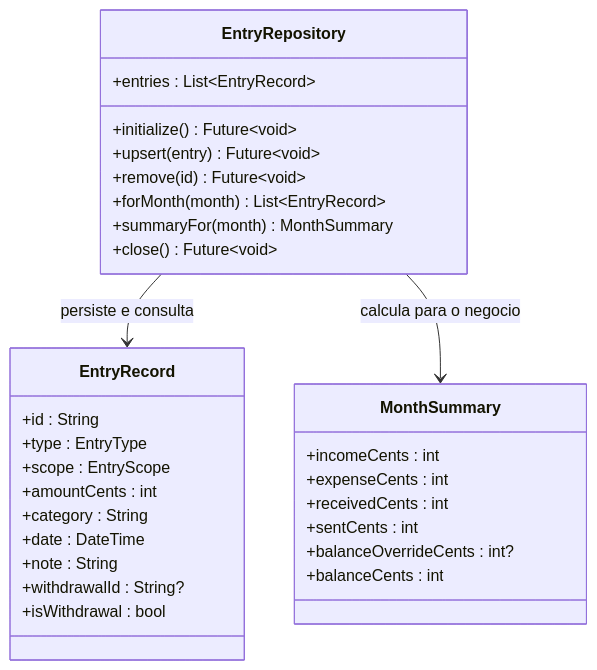
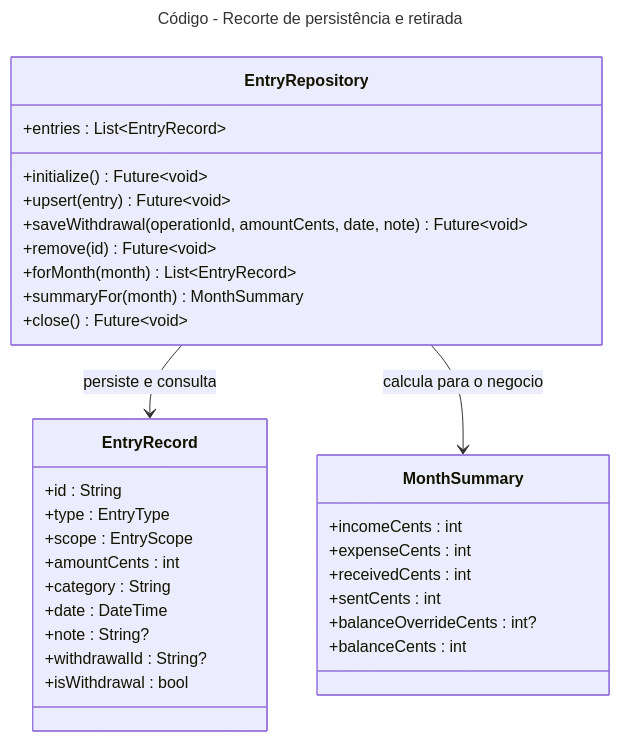
Before and after one commit to Isaqueodev/NotaMei: the fourth of 6 diagrams in docs/arquitetura/C4-NOTAMEI.md, drawn with Mermaid. The commit also changed other lines of this file and 9 other files, not shown here.

````diff
--- a/docs/arquitetura/C4-NOTAMEI.md
+++ b/docs/arquitetura/C4-NOTAMEI.md
@@ -175,33 +204,37 @@
 ```mermaid
+---
+title: Código - Recorte de persistência e retirada
+---
 classDiagram
   class EntryRepository {
     +entries : List~EntryRecord~
     +initialize() Future~void~
     +upsert(entry) Future~void~
+    +saveWithdrawal(operationId, amountCents, date, note) Future~void~
     +remove(id) Future~void~
     +forMonth(month) List~EntryRecord~
     +summaryFor(month) MonthSummary
     +close() Future~void~
   }
   class EntryRecord {
     +id : String
     +type : EntryType
     +scope : EntryScope
     +amountCents : int
     +category : String
     +date : DateTime
-    +note : String
+    +note : String?
     +withdrawalId : String?
     +isWithdrawal : bool
   }
   class MonthSummary {
     +incomeCents : int
     +expenseCents : int
     +receivedCents : int
     +sentCents : int
     +balanceOverrideCents : int?
     +balanceCents : int
   }
   EntryRepository --> EntryRecord : persiste e consulta
   EntryRepository --> MonthSummary : calcula para o negocio
 ```
````
